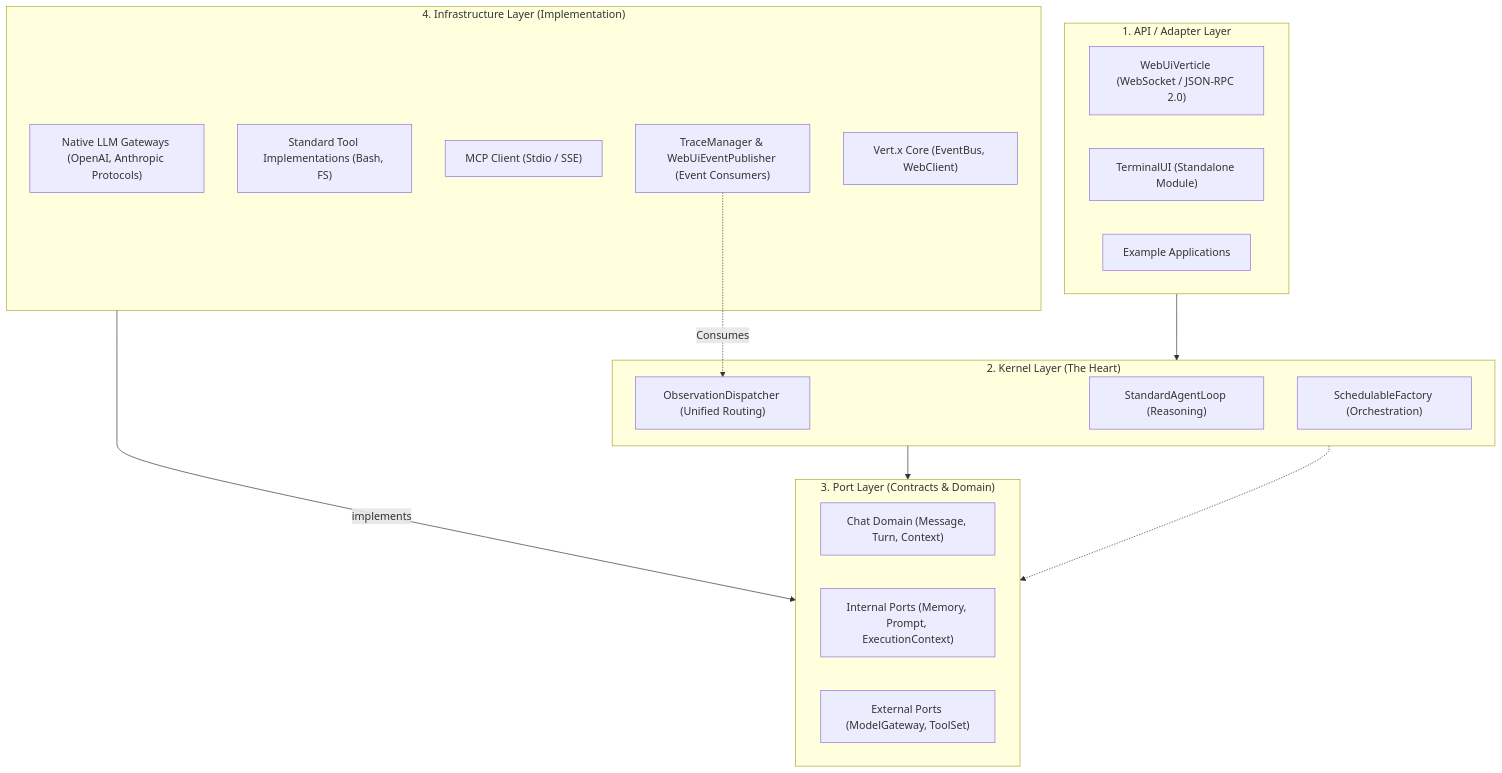
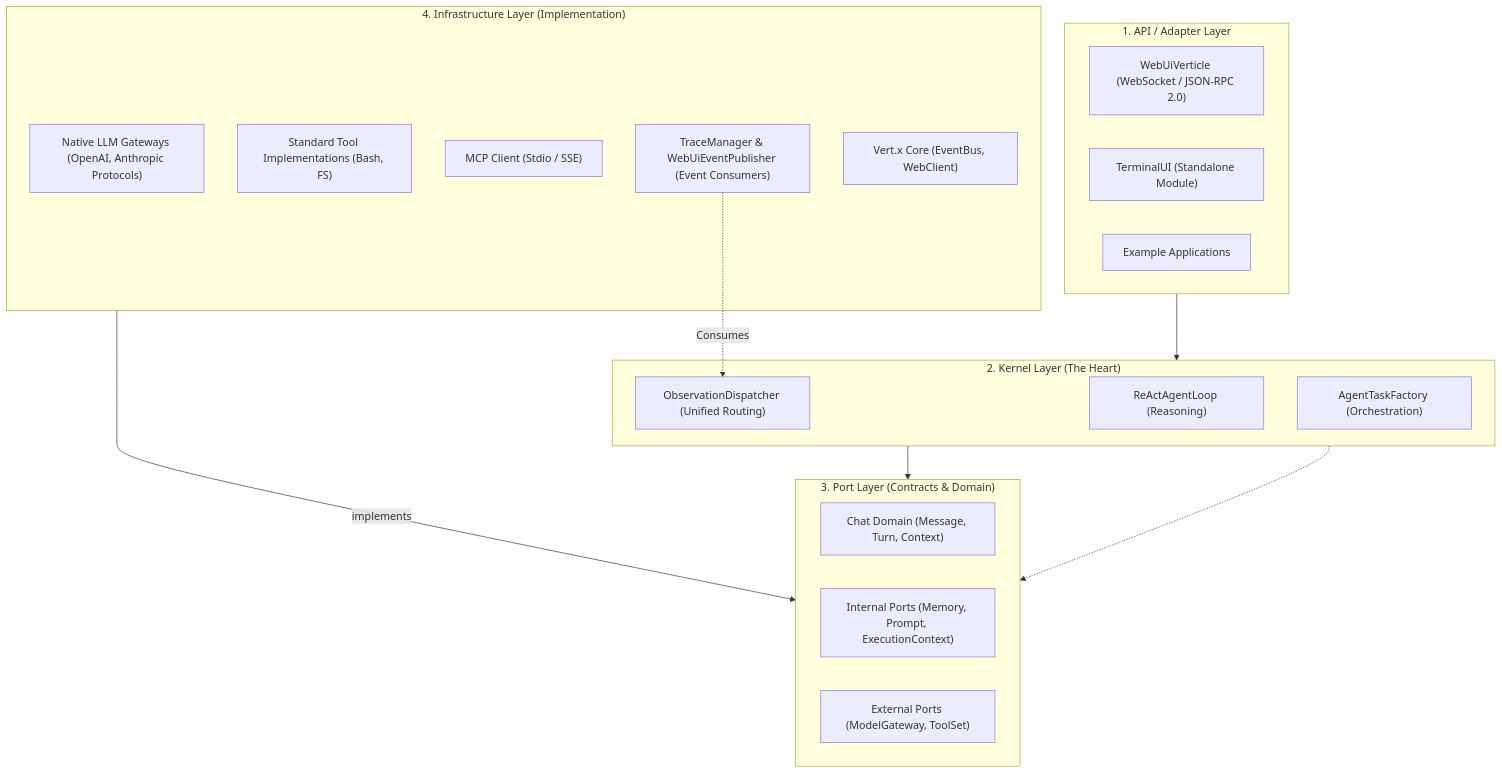
The diagram in docs/ARCHITECTURE.md (stream-iori/ganglia), drawn with Mermaid before and after one commit. The commit also changed other lines of this file and 20 other files, not shown here.

````diff
--- a/docs/ARCHITECTURE.md
+++ b/docs/ARCHITECTURE.md
@@ -39,34 +39,34 @@
 ```mermaid
 graph TD
     subgraph API ["1. API / Adapter Layer"]
         WebUI["WebUiVerticle (WebSocket / JSON-RPC 2.0)"]
         TUI["TerminalUI (Standalone Module)"]
         Demos["Example Applications"]
     end
 
     subgraph Kernel ["2. Kernel Layer (The Heart)"]
-        Loop["StandardAgentLoop (Reasoning)"]
+        Loop["ReActAgentLoop (Reasoning)"]
         Dispatcher["ObservationDispatcher (Unified Routing)"]
-        SchedFactory["SchedulableFactory (Orchestration)"]
+        SchedFactory["AgentTaskFactory (Orchestration)"]
     end
 
     subgraph Port ["3. Port Layer (Contracts & Domain)"]
         Chat["Chat Domain (Message, Turn, Context)"]
         IntPorts["Internal Ports (Memory, Prompt, ExecutionContext)"]
         ExtPorts["External Ports (ModelGateway, ToolSet)"]
     end
 
     subgraph Infra ["4. Infrastructure Layer (Implementation)"]
         Gateways["Native LLM Gateways (OpenAI, Anthropic Protocols)"]
         Tools["Standard Tool Implementations (Bash, FS)"]
         MCP["MCP Client (Stdio / SSE)"]
         Observability["TraceManager & WebUiEventPublisher (Event Consumers)"]
         Vertx["Vert.x Core (EventBus, WebClient)"]
     end
 
     API --> Kernel
     Kernel --> Port
     Infra -- implements --> Port
     Kernel -.-> Port
     Observability -.->|Consumes| Dispatcher
 ```
````
